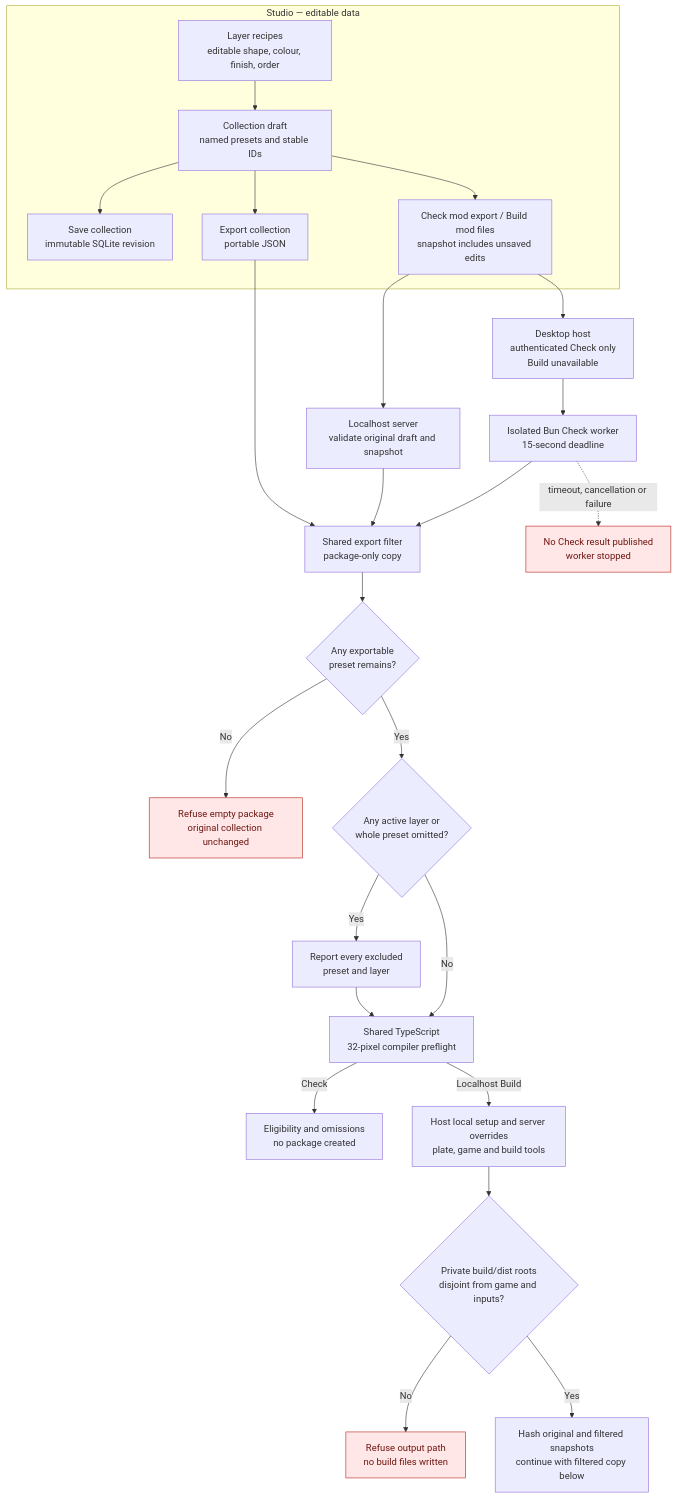
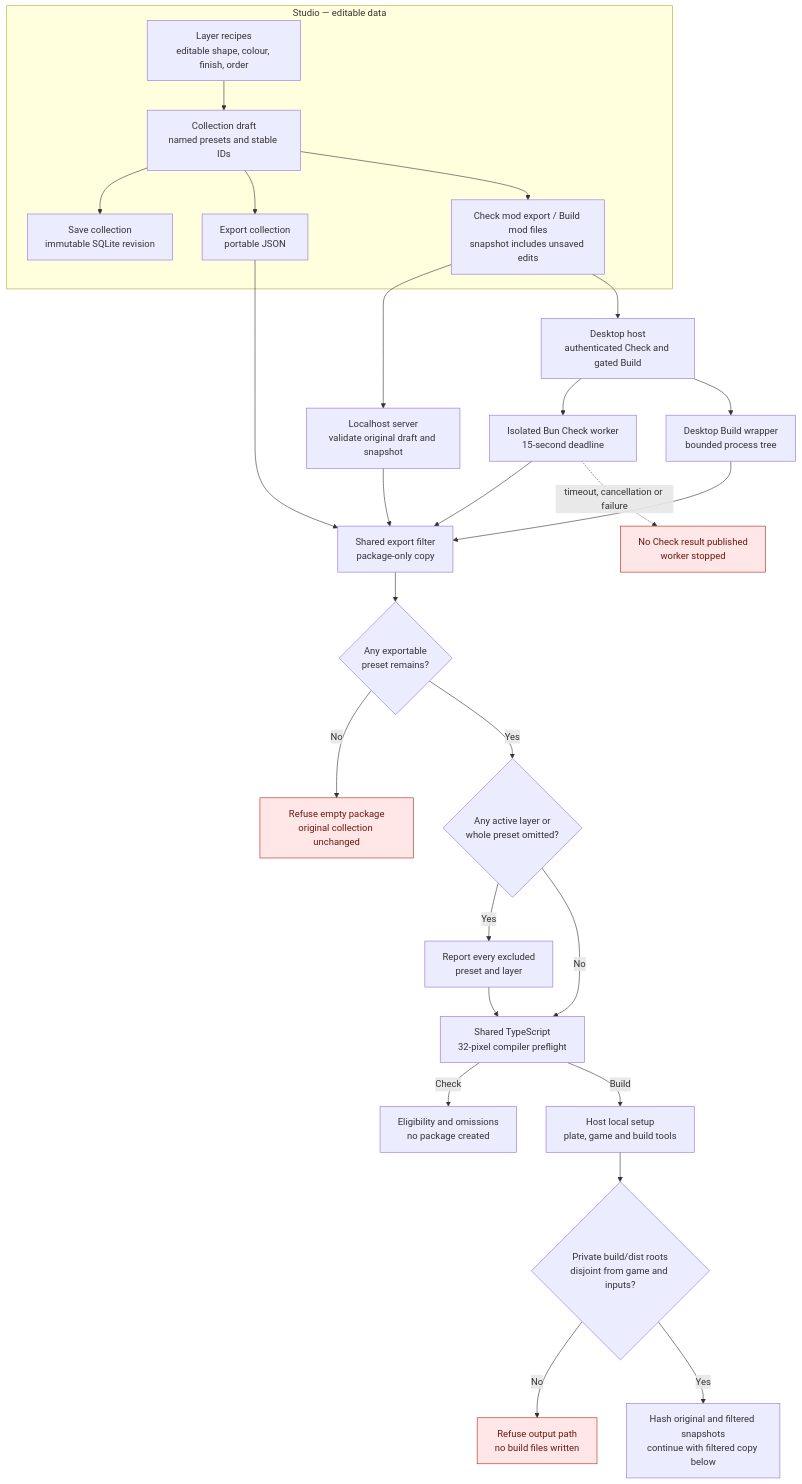
Before and after one commit to axefrog/xf-studio: the first of 3 diagrams in research/authoring/studio-to-mod-pipeline.md, drawn with Mermaid. The commit also changed other lines of this file and 20 other files, not shown here.

Commit message:
Add gated desktop package Build host and asset-free tool bundle

````diff
--- a/research/authoring/studio-to-mod-pipeline.md
+++ b/research/authoring/studio-to-mod-pipeline.md
@@ -11,31 +11,33 @@
 ```mermaid
 flowchart TB
   subgraph editor["Studio — editable data"]
     recipe["Layer recipes<br/>editable shape, colour, finish, order"] --> draft["Collection draft<br/>named presets and stable IDs"]
     draft --> sqlite["Save collection<br/>immutable SQLite revision"]
     draft --> export["Export collection<br/>portable JSON"]
     draft --> ui["Check mod export / Build mod files<br/>snapshot includes unsaved edits"]
   end
 
   ui --> server["Localhost server<br/>validate original draft and snapshot"]
-  ui --> desktop["Desktop host<br/>authenticated Check only<br/>Build unavailable"]
+  ui --> desktop["Desktop host<br/>authenticated Check and gated Build"]
   server --> filter["Shared export filter<br/>package-only copy"]
   desktop --> worker["Isolated Bun Check worker<br/>15-second deadline"]
+  desktop --> buildWrapper["Desktop Build wrapper<br/>bounded process tree"]
   worker --> filter
+  buildWrapper --> filter
   worker -. "timeout, cancellation or failure" .-> noresult["No Check result published<br/>worker stopped"]
   export --> filter
   filter --> decision{"Any exportable<br/>preset remains?"}
   decision -- No --> reject["Refuse empty package<br/>original collection unchanged"]
   decision -- Yes --> omitted{"Any active layer or<br/>whole preset omitted?"}
   omitted -- Yes --> warn["Report every excluded<br/>preset and layer"]
   omitted -- No --> preflight["Shared TypeScript<br/>32-pixel compiler preflight"]
   warn --> preflight
   preflight -- Check --> ready["Eligibility and omissions<br/>no package created"]
-  preflight -- "Localhost Build" --> setup["Host local setup and server overrides<br/>plate, game and build tools"]
+  preflight -- Build --> setup["Host local setup<br/>plate, game and build tools"]
   setup --> roots{"Private build/dist roots<br/>disjoint from game and inputs?"}
   roots -- No --> unsafe["Refuse output path<br/>no build files written"]
   roots -- Yes --> snapshot["Hash original and filtered snapshots<br/>continue with filtered copy below"]
 
   classDef blocked fill:#ffe7e7,stroke:#b42318,color:#6e1611;
   class reject,noresult,unsafe blocked;
 ```
````
